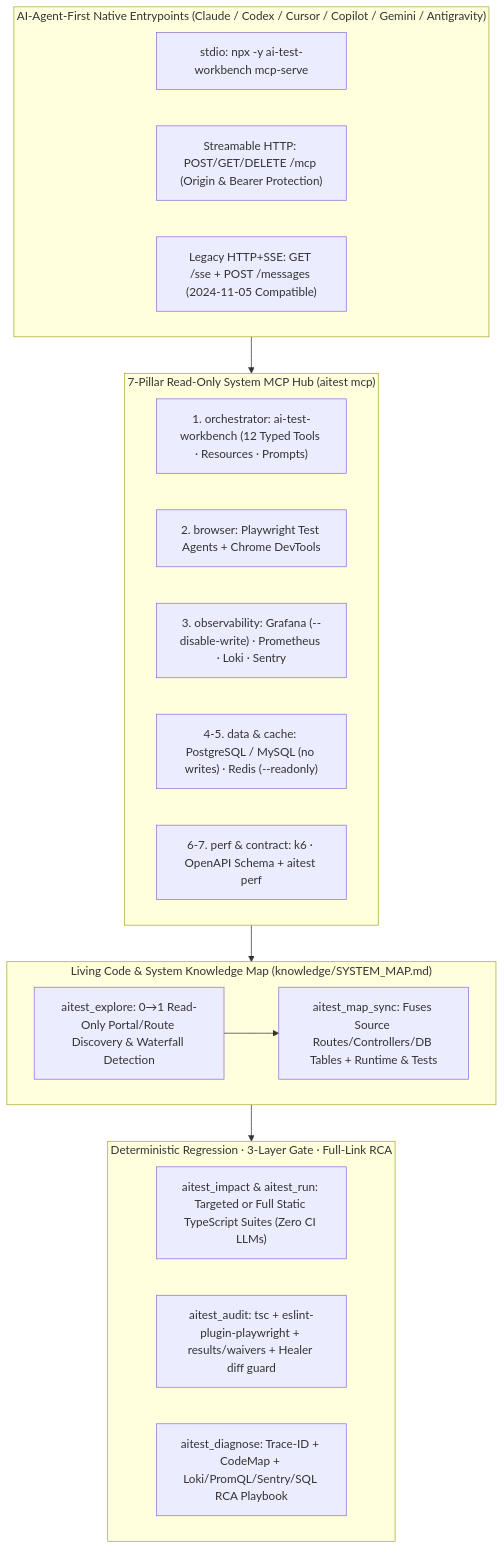
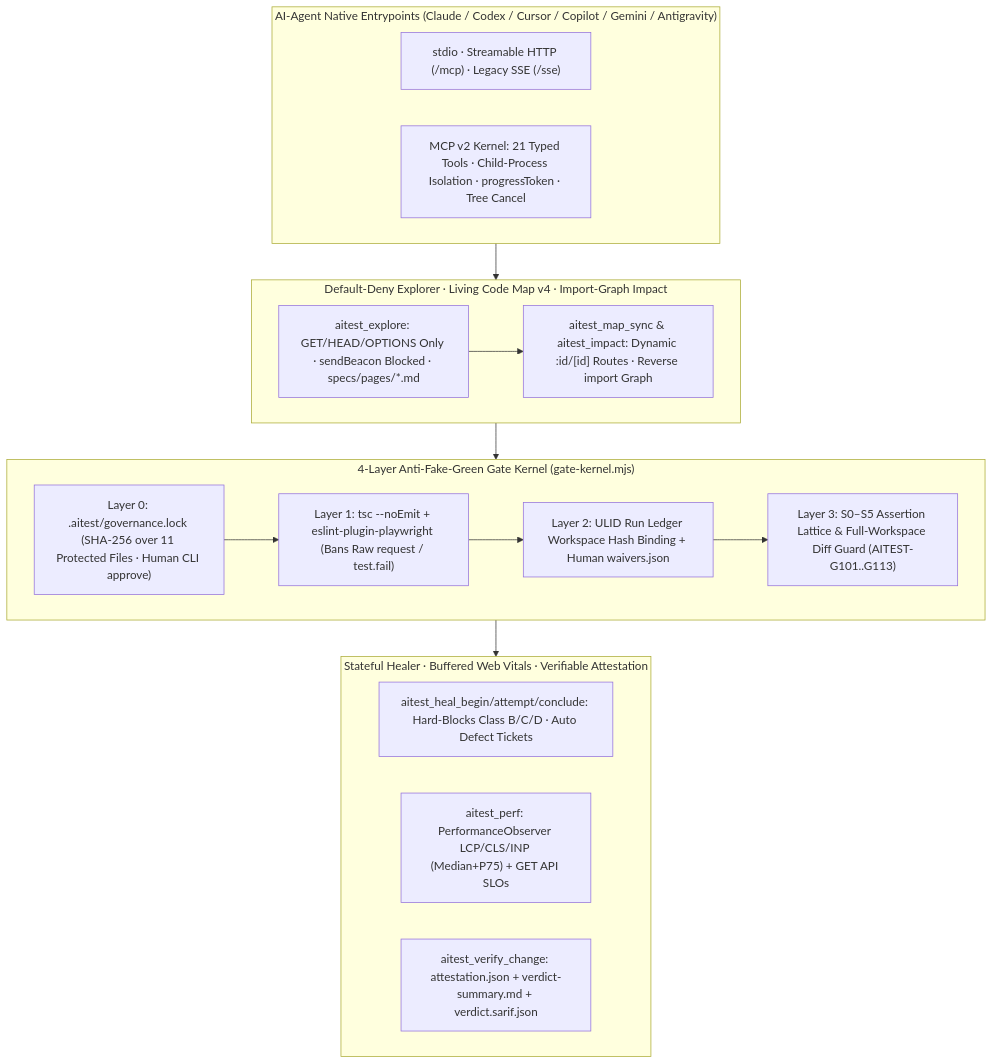
Before and after one commit to seaworld008/ai-test-workbench: the diagram in README.en.md, drawn with Mermaid. The commit also changed other lines of this file and 90 other files, not shown here.

Commit message:
feat(v5): Trustworthy Verification Kernel, 4-Layer AST Gate, MCP v2 Jobs & Agent-Native Governance (v5.0.0)

````diff
--- a/README.en.md
+++ b/README.en.md
@@ -36,30 +44,29 @@
 ```mermaid
 flowchart TB
-    subgraph AGENT["AI-Agent-First Native Entrypoints (Claude / Codex / Cursor / Copilot / Gemini / Antigravity)"]
-        A1["stdio: npx -y ai-test-workbench mcp-serve"]
-        A2["Streamable HTTP: POST/GET/DELETE /mcp (Origin & Bearer Protection)"]
-        A3["Legacy HTTP+SSE: GET /sse + POST /messages (2024-11-05 Compatible)"]
+    subgraph AGENT["AI-Agent Native Entrypoints (Claude / Codex / Cursor / Copilot / Gemini / Antigravity)"]
+        A1["stdio · Streamable HTTP (/mcp) · Legacy SSE (/sse)"]
+        A2["MCP v2 Kernel: 21 Typed Tools · Child-Process Isolation · progressToken · Tree Cancel"]
     end
 
-    subgraph HUB["7-Pillar Read-Only System MCP Hub (aitest mcp)"]
-        M0["1. orchestrator: ai-test-workbench (12 Typed Tools · Resources · Prompts)"]
-        M1["2. browser: Playwright Test Agents + Chrome DevTools"]
-        M2["3. observability: Grafana (--disable-write) · Prometheus · Loki · Sentry"]
-        M3["4-5. data & cache: PostgreSQL / MySQL (no writes) · Redis (--readonly)"]
-        M4["6-7. perf & contract: k6 · OpenAPI Schema + aitest perf"]
-    end
-
-    subgraph BRAIN["Living Code & System Knowledge Map (knowledge/SYSTEM_MAP.md)"]
-        K1["aitest_explore: 0→1 Read-Only Portal/Route Discovery & Waterfall Detection"]
-        K2["aitest_map_sync: Fuses Source Routes/Controllers/DB Tables + Runtime & Tests"]
+    subgraph BRAIN["Default-Deny Explorer · Living Code Map v4 · Import-Graph Impact"]
+        K1["aitest_explore: GET/HEAD/OPTIONS Only · sendBeacon Blocked · specs/pages/*.md"]
+        K2["aitest_map_sync & aitest_impact: Dynamic :id/[id] Routes · Reverse import Graph"]
         K1 --> K2
     end
 
-    subgraph GATE["Deterministic Regression · 3-Layer Gate · Full-Link RCA"]
-        R1["aitest_impact & aitest_run: Targeted or Full Static TypeScript Suites (Zero CI LLMs)"]
-        R2["aitest_audit: tsc + eslint-plugin-playwright + results/waivers + Healer diff guard"]
-        R3["aitest_diagnose: Trace-ID + CodeMap + Loki/PromQL/Sentry/SQL RCA Playbook"]
+    subgraph KERNEL["4-Layer Anti-Fake-Green Gate Kernel (gate-kernel.mjs)"]
+        G0["Layer 0: .aitest/governance.lock (SHA-256 over 11 Protected Files · Human CLI approve)"]
+        G1["Layer 1: tsc --noEmit + eslint-plugin-playwright (Bans Raw request / test.fail)"]
+        G2["Layer 2: ULID Run Ledger Workspace Hash Binding + Human waivers.json"]
+        G3["Layer 3: S0–S5 Assertion Lattice & Full-Workspace Diff Guard (AITEST-G101..G113)"]
+        G0 --> G1 --> G2 --> G3
     end
 
-    AGENT --> HUB --> BRAIN --> GATE
+    subgraph VERDICT["Stateful Healer · Buffered Web Vitals · Verifiable Attestation"]
+        V1["aitest_heal_begin/attempt/conclude: Hard-Blocks Class B/C/D · Auto Defect Tickets"]
+        V2["aitest_perf: PerformanceObserver LCP/CLS/INP (Median+P75) + GET API SLOs"]
+        V3["aitest_verify_change: attestation.json + verdict-summary.md + verdict.sarif.json"]
+    end
+
+    AGENT --> BRAIN --> KERNEL --> VERDICT
 ```
````
